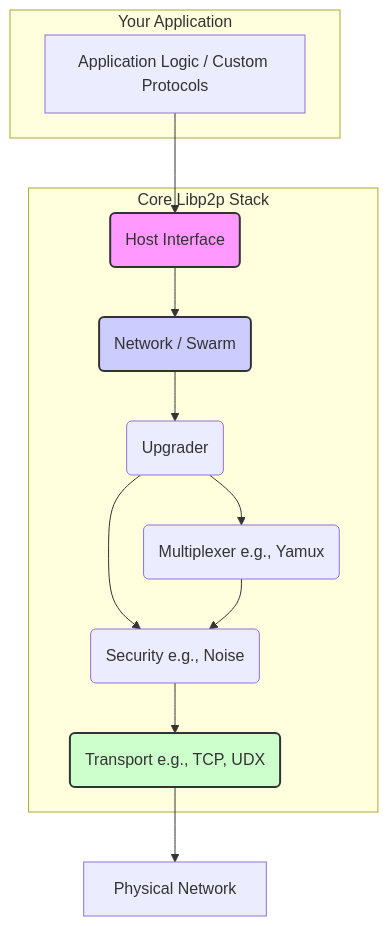
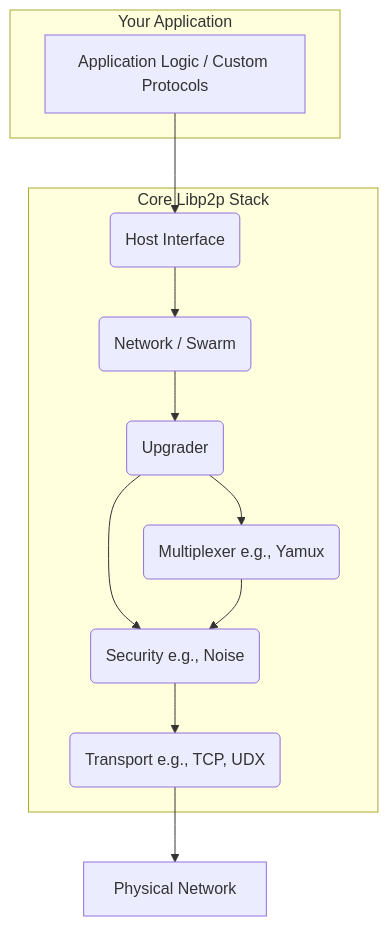
The diagram in doc/architecture.md (stephanfeb/dart_libp2p), drawn with Mermaid before and after one commit.

Commit message:
docs: let the architecture diagram follow the page theme
The fixed pastel fills left light text on light boxes in dark mode.

````diff
--- a/doc/architecture.md
+++ b/doc/architecture.md
@@ -9,28 +9,24 @@
 ```mermaid
 graph TD
     subgraph "Your Application"
         A[Application Logic / Custom Protocols]
     end
 
     subgraph "Core Libp2p Stack"
         H(Host Interface)
         N(Network / Swarm)
         U(Upgrader)
         M(Multiplexer e.g., Yamux)
         S(Security e.g., Noise)
         T(Transport e.g., TCP, UDX)
     end
 
     A --> H
     H --> N
     N --> U
     U --> M
     U --> S
     M --> S
     S --> T
     T --> NW[Physical Network]
-
-    style H fill:#f9f,stroke:#333,stroke-width:2px
-    style N fill:#ccf,stroke:#333,stroke-width:2px
-    style T fill:#cfc,stroke:#333,stroke-width:2px
 ```
````
